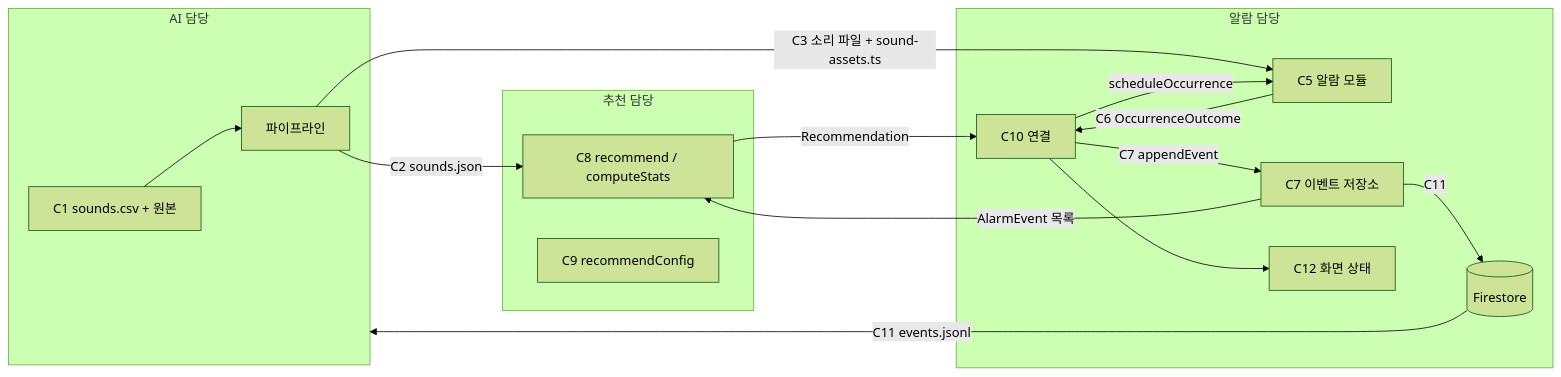
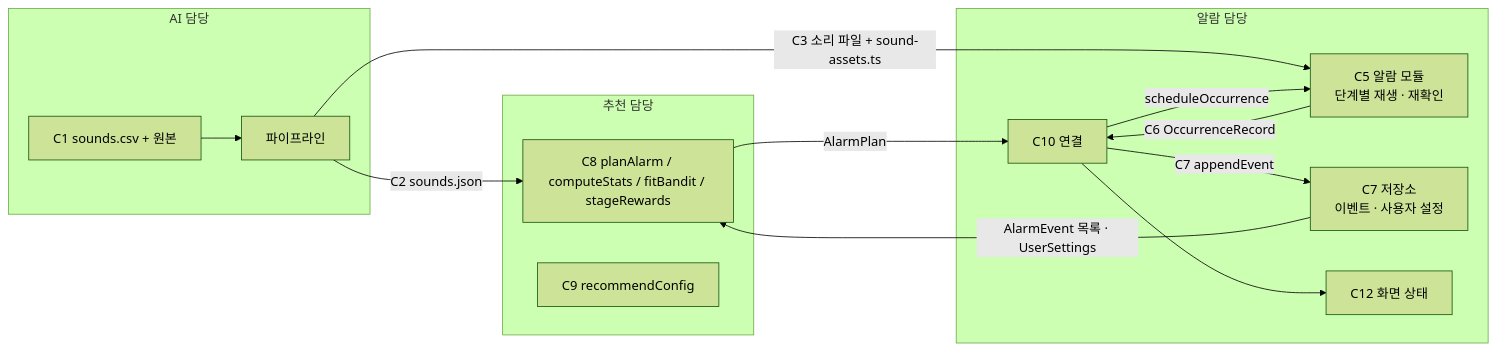
Before and after one commit to lyw012012-cpu/appa-anjanda: the diagram in docs/context/contracts.md, drawn with Mermaid (forest theme). The commit also changed other lines of this file and 7 other files, not shown here.

````diff
--- a/docs/context/contracts.md
+++ b/docs/context/contracts.md
@@ -16,22 +16,20 @@
 ```mermaid
 flowchart LR
   subgraph C[AI 담당]
     C1[C1 sounds.csv + 원본] --> PIPE[파이프라인]
   end
   PIPE -->|C2 sounds.json| B8
   PIPE -->|C3 소리 파일 + sound-assets.ts| A5
   subgraph B[추천 담당]
-    B8[C8 recommend / computeStats]
+    B8[C8 planAlarm / computeStats / fitBandit / stageRewards]
     B9[C9 recommendConfig]
   end
   subgraph A[알람 담당]
-    A5[C5 알람 모듈] -->|C6 OccurrenceOutcome| A10[C10 연결]
-    A10 -->|C7 appendEvent| A7[C7 이벤트 저장소]
-    A7 -->|C11| FS[(Firestore)]
+    A5[C5 알람 모듈<br/>단계별 재생 · 재확인] -->|C6 OccurrenceRecord| A10[C10 연결]
+    A10 -->|C7 appendEvent| A7[C7 저장소<br/>이벤트 · 사용자 설정]
     A10 --> A12[C12 화면 상태]
   end
-  A7 -->|AlarmEvent 목록| B8
-  B8 -->|Recommendation| A10
+  A7 -->|AlarmEvent 목록 · UserSettings| B8
+  B8 -->|AlarmPlan| A10
   A10 -->|scheduleOccurrence| A5
-  FS -->|C11 events.jsonl| C
 ```
````
